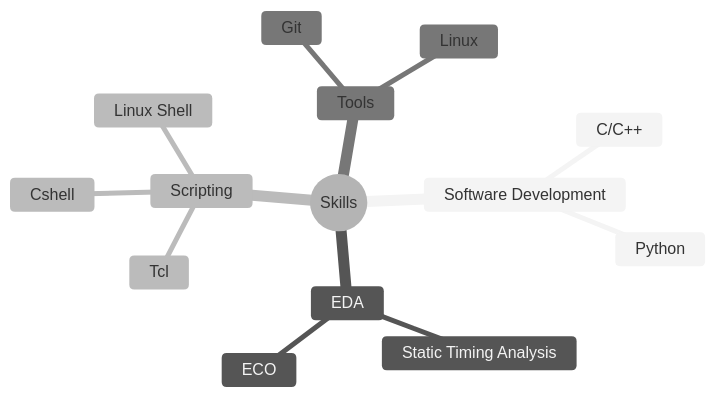
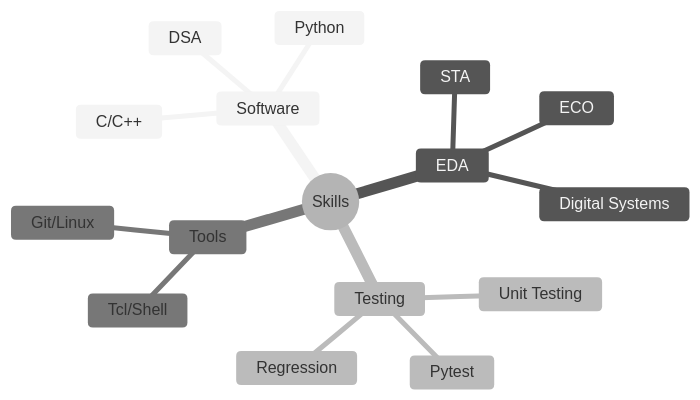
Before and after one commit to amolsatsangi/amolsatsangi: the diagram in README.md, drawn with Mermaid (neutral theme). The commit also changed other lines of this file, not shown here.

````diff
--- a/README.md
+++ b/README.md
@@ -10,17 +10,19 @@
 ```mermaid
 mindmap
   root((Skills))
-    Software Development
+    Software
       C/C++
       Python
+      DSA
     EDA
-      Static Timing Analysis
+      STA
       ECO
-    Scripting
-      Tcl
-      Cshell
-      Linux Shell
+      Digital Systems
+    Testing
+      Unit Testing
+      Regression
+      Pytest
     Tools
-      Git
-      Linux
+      Git/Linux
+      Tcl/Shell
 ```
````
